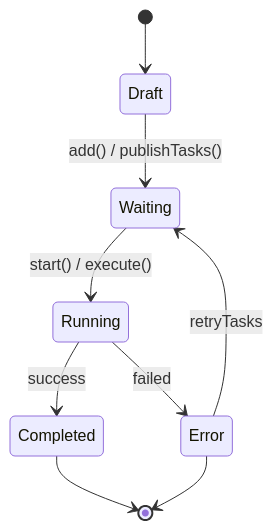
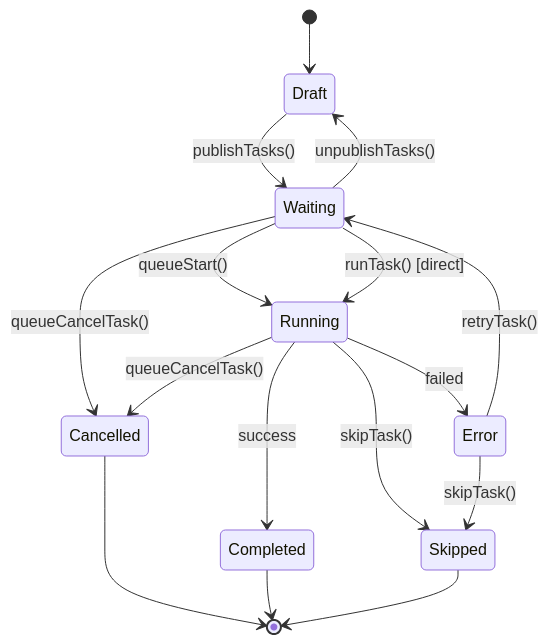
One commit to 2noScript/kernel-script changed diagram 12 of 12 in README.md. Above: the diagram before and after it, drawn with Mermaid. The commit also changed other lines of this file and 9 other files, not shown here.

Commit message:
refactor: remove service callbacks from bootstrap and add native task cancellation support to QueueService

````diff
--- a/README.md
+++ b/README.md
@@ -160,11 +325,18 @@
 ```mermaid
 stateDiagram-v2
     [*] --> Draft
-    Draft --> Waiting: add() / publishTasks()
-    Waiting --> Running: start() / execute()
+    Draft --> Waiting: publishTasks()
+    Waiting --> Running: queueStart()
+    Waiting --> Draft: unpublishTasks()
+    Waiting --> Running: runTask() [direct]
     Running --> Completed: success
     Running --> Error: failed
-    Error --> Waiting: retryTasks
+    Running --> Skipped: skipTask()
+    Error --> Waiting: retryTask()
+    Error --> Skipped: skipTask()
+    Waiting --> Cancelled: queueCancelTask()
+    Running --> Cancelled: queueCancelTask()
+    Cancelled --> [*]
     Completed --> [*]
-    Error --> [*]
+    Skipped --> [*]
 ```
````
